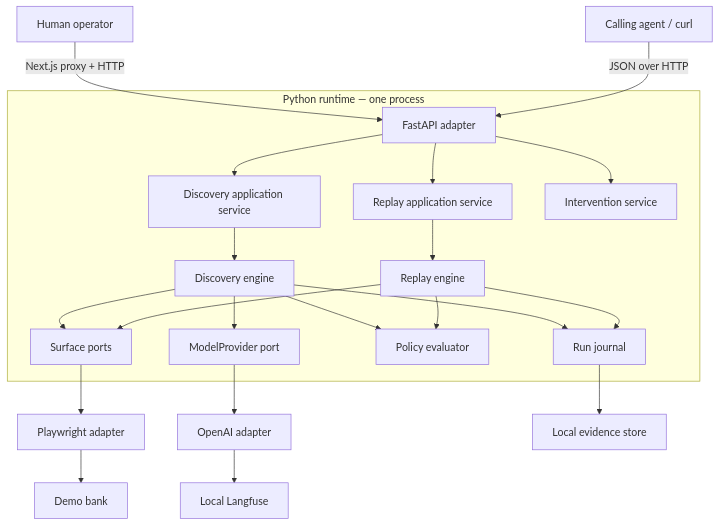
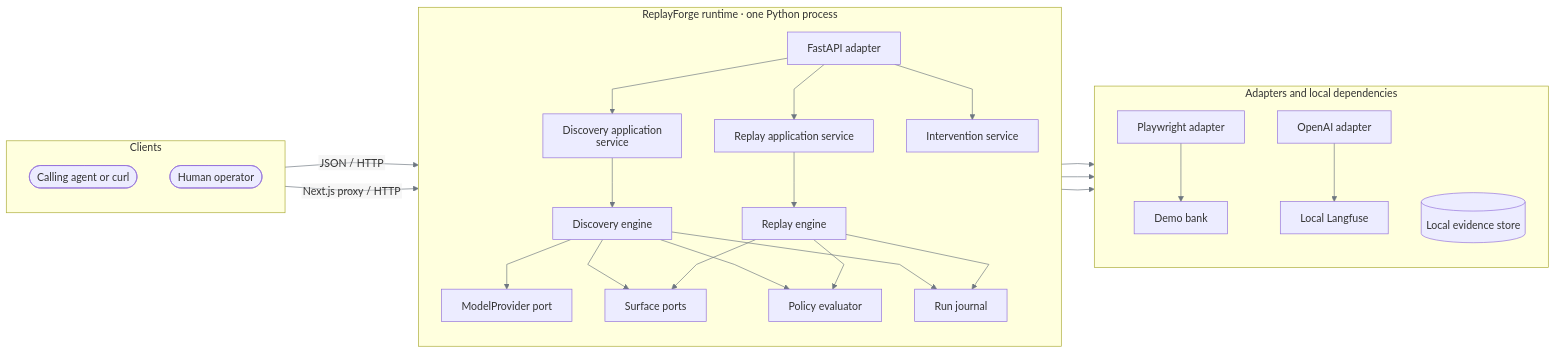
Before and after one commit to SivaTSS/replay-forge: the first of 2 diagrams in docs/architecture.md, drawn with Mermaid. The commit also changed other lines of this file and 7 other files, not shown here.

Commit message:
docs: standardize Mermaid diagrams

````diff
--- a/docs/architecture.md
+++ b/docs/architecture.md
@@ -7,26 +7,44 @@
 ```mermaid
-flowchart TB
-    C[Calling agent / curl] -->|JSON over HTTP| API[FastAPI adapter]
-    O[Human operator] -->|Next.js proxy + HTTP| API
+%%{init: {"htmlLabels":false,"themeVariables":{"lineColor":"#6E7781","signalColor":"#6E7781"},"flowchart":{"curve":"linear"},"sequence":{"wrap":true}}}%%
+flowchart LR
+    subgraph Clients[Clients]
+        direction TB
+        C([Calling agent or curl])
+        O([Human operator])
+    end
 
-    subgraph Runtime[Python runtime — one process]
+    subgraph Runtime[ReplayForge runtime · one Python process]
+        direction TB
+        API[FastAPI adapter]
         API --> RS[Replay application service]
         API --> DS[Discovery application service]
         API --> IS[Intervention service]
         RS --> RE[Replay engine]
         DS --> DE[Discovery engine]
         DE --> MP[ModelProvider port]
         RE --> SP[Surface ports]
         DE --> SP
         RE --> PE[Policy evaluator]
         DE --> PE
         RE --> EJ[Run journal]
         DE --> EJ
     end
 
-    MP --> OA[OpenAI adapter]
-    SP --> PW[Playwright adapter]
-    PW --> DB[Demo bank]
-    EJ --> FS[Local evidence store]
-    OA --> LF[Local Langfuse]
+    subgraph Adapters[Adapters and local dependencies]
+        direction TB
+        OA[OpenAI adapter]
+        PW[Playwright adapter]
+        DB[Demo bank]
+        FS[(Local evidence store)]
+        LF[Local Langfuse]
+    end
+
+    C -->|JSON / HTTP| API
+    O -->|Next.js proxy / HTTP| API
+    MP --> OA
+    SP --> PW
+    PW --> DB
+    EJ --> FS
+    OA --> LF
+
 ```
````
